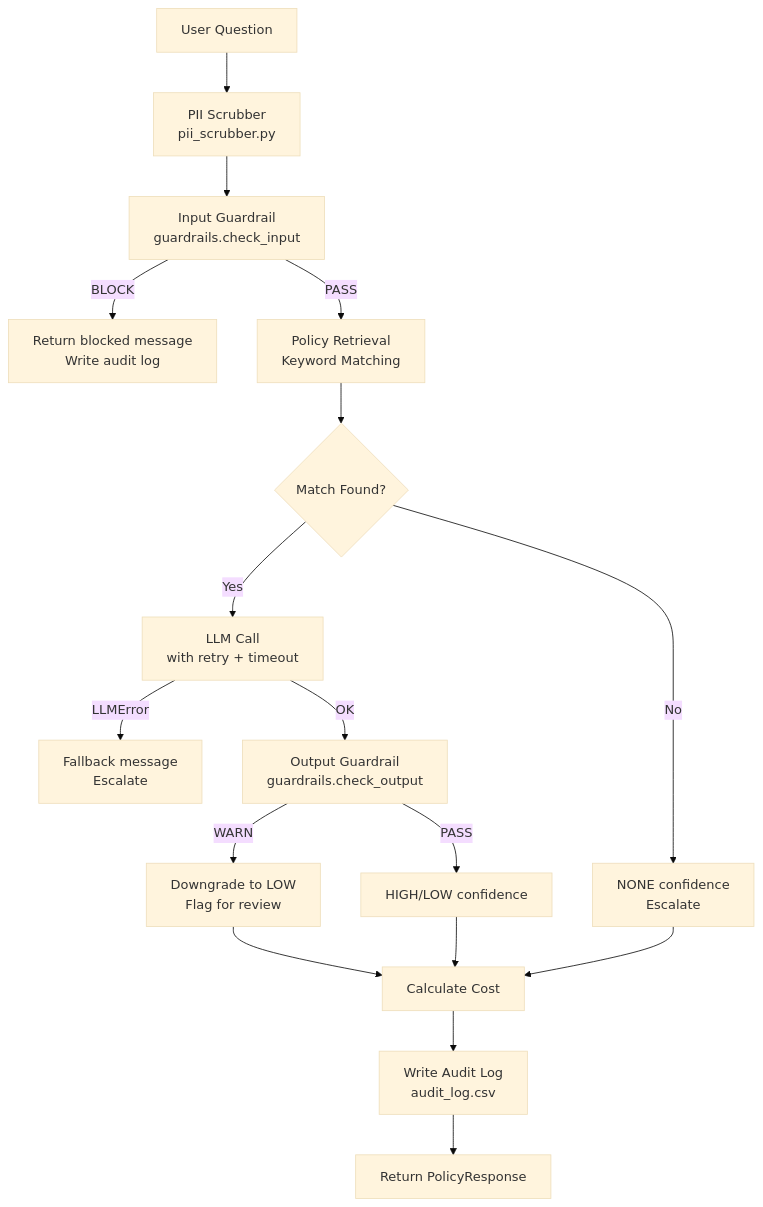
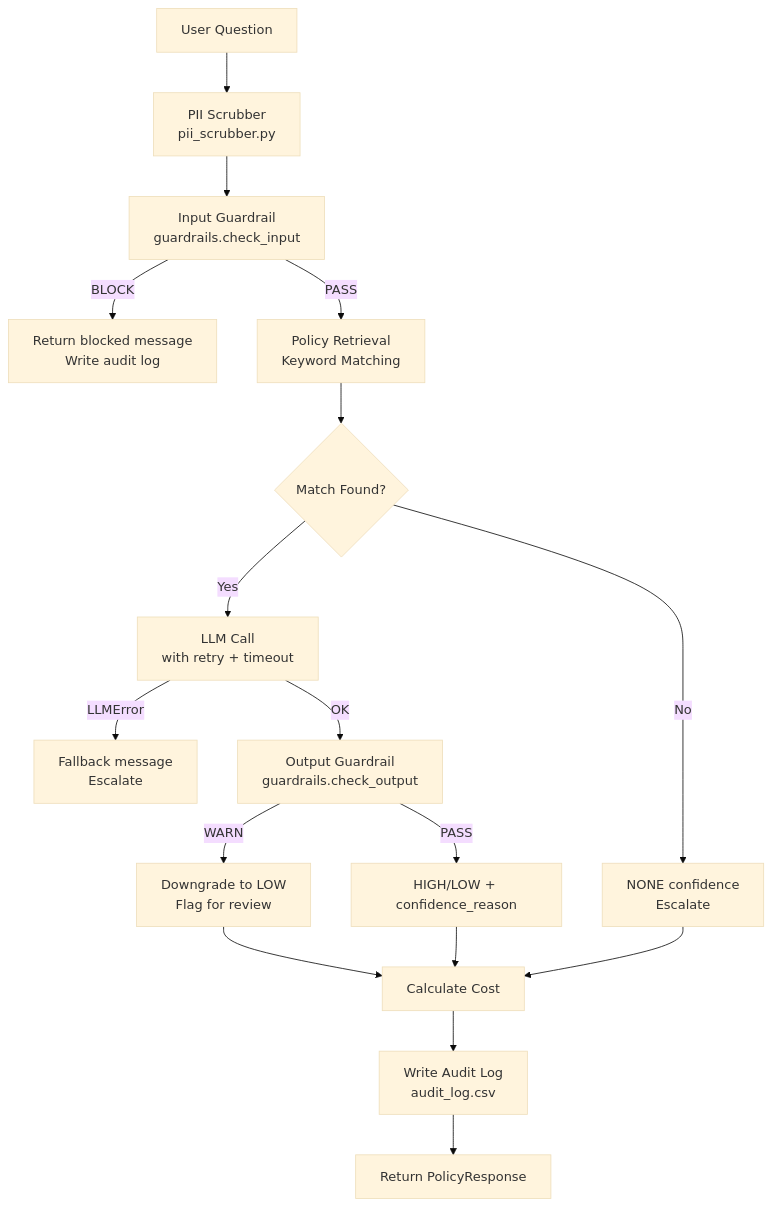
Before and after one commit to lightshadow1/policy-pal: the second of 2 diagrams in AGENTS.md, drawn with Mermaid (base theme). The commit also changed other lines of this file and 4 other files, not shown here.

First line of the commit message:
Add confidence_reason — LLM explains its own confidence rating

````diff
--- a/AGENTS.md
+++ b/AGENTS.md
@@ -56,19 +56,19 @@
 ```mermaid
 flowchart TD
     A[User Question] --> B[PII Scrubber\npii_scrubber.py]
     B --> C[Input Guardrail\nguardrails.check_input]
     C -- BLOCK --> D[Return blocked message\nWrite audit log]
     C -- PASS --> E[Policy Retrieval\nKeyword Matching]
     E --> F{Match Found?}
     F -- No --> G[NONE confidence\nEscalate]
     F -- Yes --> H[LLM Call\nwith retry + timeout]
     H -- LLMError --> I[Fallback message\nEscalate]
     H -- OK --> J[Output Guardrail\nguardrails.check_output]
     J -- WARN --> K[Downgrade to LOW\nFlag for review]
-    J -- PASS --> L[HIGH/LOW confidence]
+    J -- PASS --> L[HIGH/LOW + confidence_reason]
     K --> M[Calculate Cost]
     L --> M
     G --> M
     M --> N[Write Audit Log\naudit_log.csv]
     N --> O[Return PolicyResponse]
 ```
````
